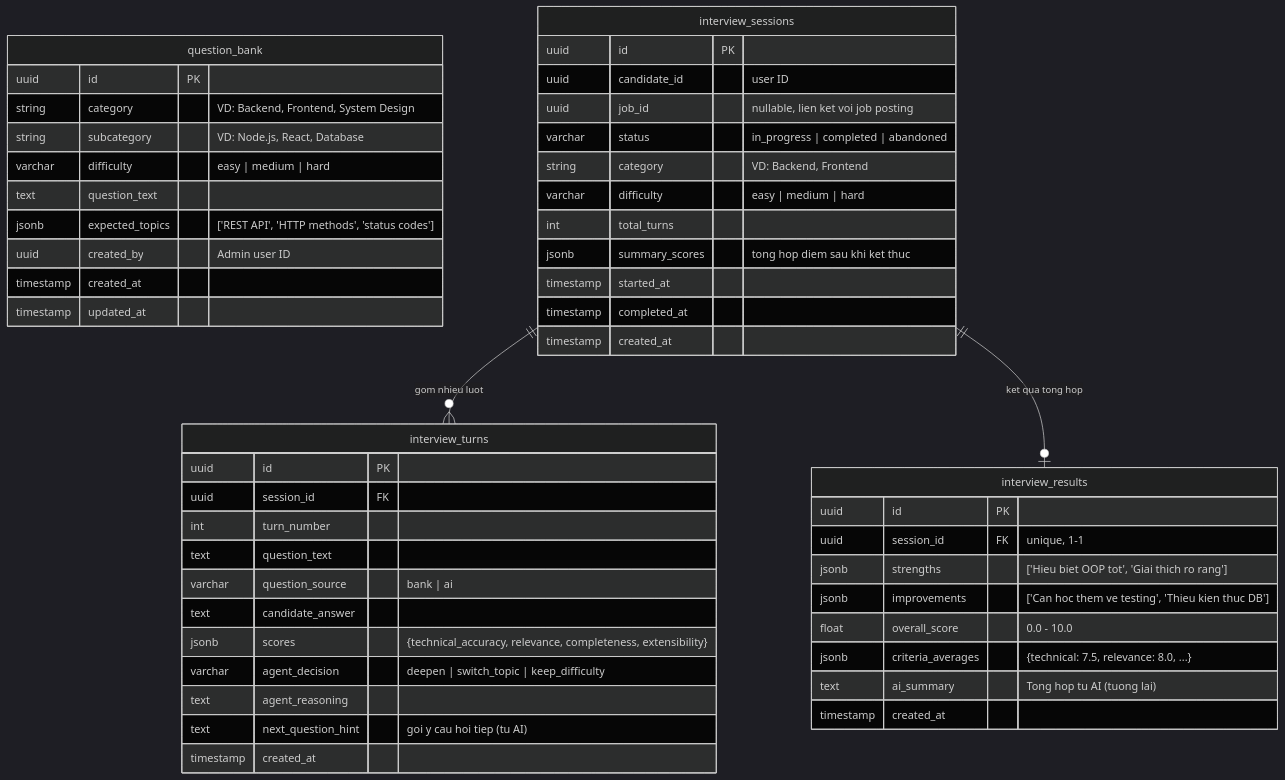
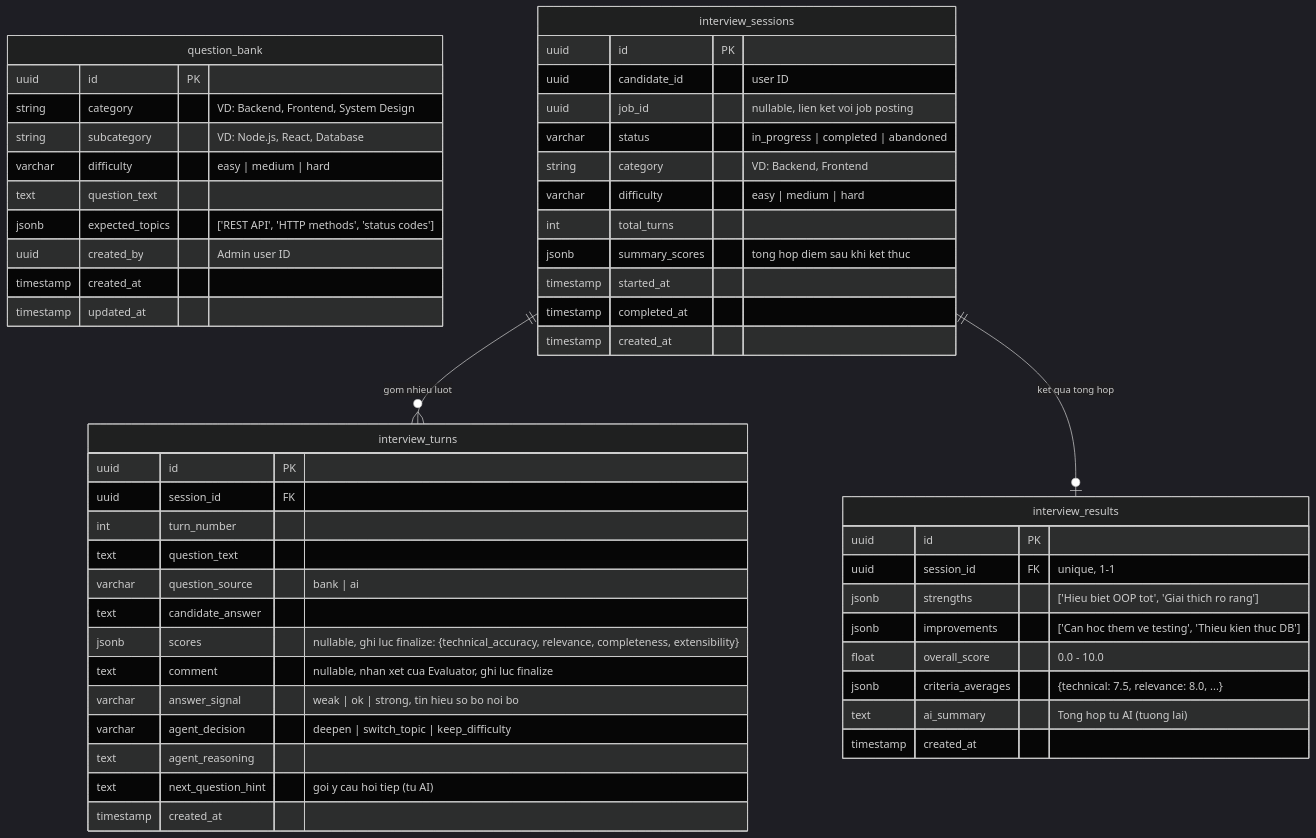
One commit to minhtuann1102/ai-recruitment-platform changed the third of 5 diagrams in docs/architecture/data-model.md. Above: the diagram before and after it, drawn with Mermaid (dark theme). The commit also changed other lines of this file and 8 other files, not shown here.

````diff
--- a/docs/architecture/data-model.md
+++ b/docs/architecture/data-model.md
@@ -166,56 +166,58 @@
 ```mermaid
 erDiagram
     question_bank {
         uuid id PK
         string category "VD: Backend, Frontend, System Design"
         string subcategory "VD: Node.js, React, Database"
         varchar difficulty "easy | medium | hard"
         text question_text
         jsonb expected_topics "['REST API', 'HTTP methods', 'status codes']"
         uuid created_by "Admin user ID"
         timestamp created_at
         timestamp updated_at
     }
 
     interview_sessions {
         uuid id PK
         uuid candidate_id "user ID"
         uuid job_id "nullable, lien ket voi job posting"
         varchar status "in_progress | completed | abandoned"
         string category "VD: Backend, Frontend"
         varchar difficulty "easy | medium | hard"
         int total_turns
         jsonb summary_scores "tong hop diem sau khi ket thuc"
         timestamp started_at
         timestamp completed_at
         timestamp created_at
     }
 
     interview_turns {
         uuid id PK
         uuid session_id FK
         int turn_number
         text question_text
         varchar question_source "bank | ai"
         text candidate_answer
-        jsonb scores "{technical_accuracy, relevance, completeness, extensibility}"
+        jsonb scores "nullable, ghi luc finalize: {technical_accuracy, relevance, completeness, extensibility}"
+        text comment "nullable, nhan xet cua Evaluator, ghi luc finalize"
+        varchar answer_signal "weak | ok | strong, tin hieu so bo noi bo"
         varchar agent_decision "deepen | switch_topic | keep_difficulty"
         text agent_reasoning
         text next_question_hint "goi y cau hoi tiep (tu AI)"
         timestamp created_at
     }
 
     interview_results {
         uuid id PK
         uuid session_id FK "unique, 1-1"
         jsonb strengths "['Hieu biet OOP tot', 'Giai thich ro rang']"
         jsonb improvements "['Can hoc them ve testing', 'Thieu kien thuc DB']"
         float overall_score "0.0 - 10.0"
         jsonb criteria_averages "{technical: 7.5, relevance: 8.0, ...}"
         text ai_summary "Tong hop tu AI (tuong lai)"
         timestamp created_at
     }
 
     interview_sessions ||--o{ interview_turns : "gom nhieu luot"
     interview_sessions ||--o| interview_results : "ket qua tong hop"
 ```
````
